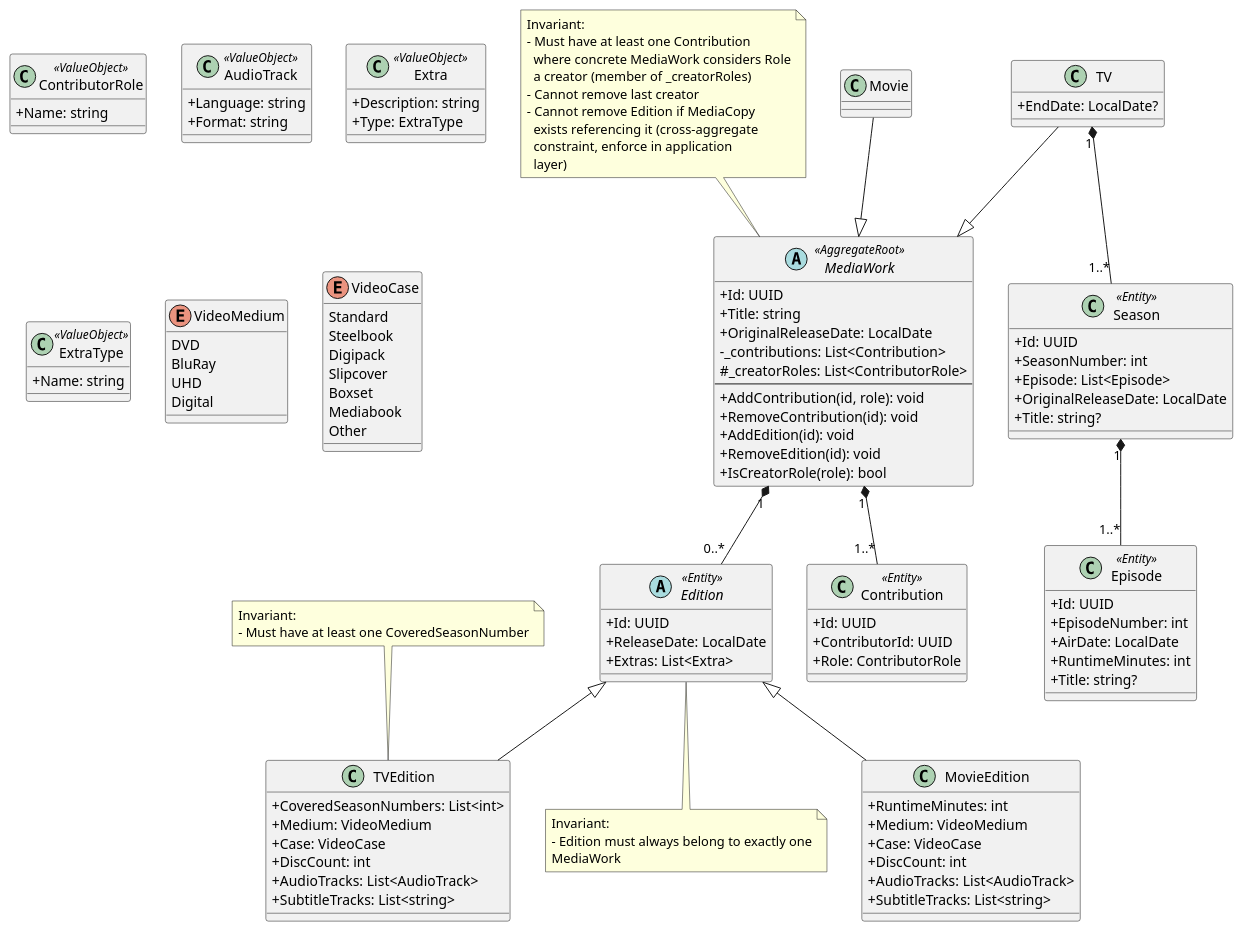
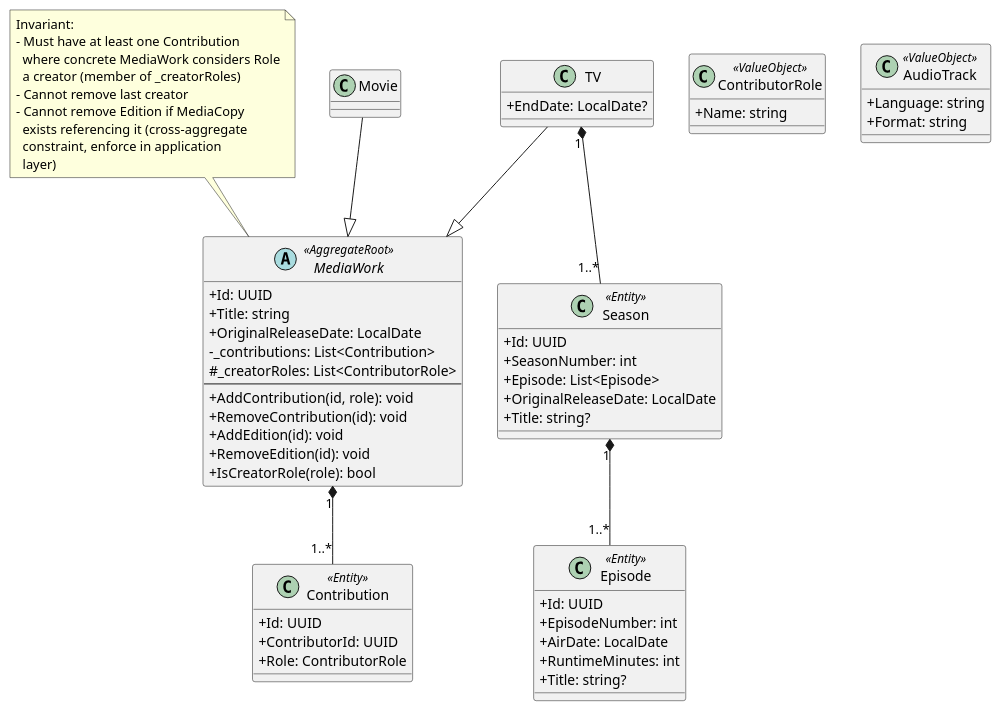
One commit to yantue/colleq changed the diagram in docs/uml/domain/domain-media-work.puml. Above: the diagram before and after it, drawn with PlantUML. The commit also changed 4 other files, not shown here.

Commit message:
docs: Add edition as aggregate root and refactor media work

```diff
--- a/docs/uml/domain/domain-media-work.puml
+++ b/docs/uml/domain/domain-media-work.puml
@@ -1,147 +1,80 @@
 @startuml
 skinparam classAttributeIconSize 0
 
 ' ===== CORE =====
 abstract class MediaWork <<AggregateRoot>> {
     +Id: UUID
     +Title: string
     +OriginalReleaseDate: LocalDate
     -_contributions: List<Contribution>
     #_creatorRoles: List<ContributorRole>
     --
     +AddContribution(id, role): void
     +RemoveContribution(id): void
     +AddEdition(id): void
     +RemoveEdition(id): void
     +IsCreatorRole(role): bool
 }
 
 note top of MediaWork
 Invariant:
 - Must have at least one Contribution
   where concrete MediaWork considers Role
   a creator (member of _creatorRoles)
 - Cannot remove last creator
 - Cannot remove Edition if MediaCopy
   exists referencing it (cross-aggregate
   constraint, enforce in application
   layer)
 end note
 
-abstract class Edition <<Entity>> {
-    +Id: UUID
-    +ReleaseDate: LocalDate
-    +Extras: List<Extra>
-}
-
-note bottom of Edition
-Invariant:
-- Edition must always belong to exactly one
-MediaWork
-end note
-
-MediaWork "1" *-- "0..*" Edition
-
 class Contribution <<Entity>> {
     +Id: UUID
     +ContributorId: UUID
     +Role: ContributorRole
 }
 
 class ContributorRole <<ValueObject>> {
     +Name: string
 }
 
 MediaWork "1" *-- "1..*" Contribution
 
 ' ===== MOVIE =====
 class Movie
 
 Movie --|> MediaWork
 
-class MovieEdition {
-    +RuntimeMinutes: int
-    +Medium: VideoMedium
-    +Case: VideoCase
-    +DiscCount: int
-    +AudioTracks: List<AudioTrack>
-    +SubtitleTracks: List<string>
-}
-
-Edition <|-- MovieEdition
-
 ' ===== TV =====
 class TV {
     +EndDate: LocalDate?
 }
 
 TV --|> MediaWork
-
-class TVEdition {
-    +CoveredSeasonNumbers: List<int>
-    +Medium: VideoMedium
-    +Case: VideoCase
-    +DiscCount: int
-    +AudioTracks: List<AudioTrack>
-    +SubtitleTracks: List<string>
-}
-
-Edition <|-- TVEdition
-
-note top of TVEdition
-Invariant:
-- Must have at least one CoveredSeasonNumber
-end note
 
 class Season <<Entity>> {
     +Id: UUID
     +SeasonNumber: int
     +Episode: List<Episode>
     +OriginalReleaseDate: LocalDate
     +Title: string?
 }
 
 class Episode <<Entity>> {
     +Id: UUID
     +EpisodeNumber: int
     +AirDate: LocalDate
     +RuntimeMinutes: int
     +Title: string?
 }
 
 Season "1" *-- "1..*" Episode
 TV "1" *-- "1..*" Season
 
 ' ===== SHARED =====
 class AudioTrack <<ValueObject>> {
     +Language: string
     +Format: string
 }
 
-class Extra <<ValueObject>> {
-    +Description: string
-    +Type: ExtraType
-}
-
-class ExtraType <<ValueObject>> {
-    +Name: string
-}
-
-enum VideoMedium {
-    DVD
-    BluRay
-    UHD
-    Digital
-}
-
-enum VideoCase {
-    Standard
-    Steelbook
-    Digipack
-    Slipcover
-    Boxset
-    Mediabook
-    Other
-}
-
 @enduml
```
